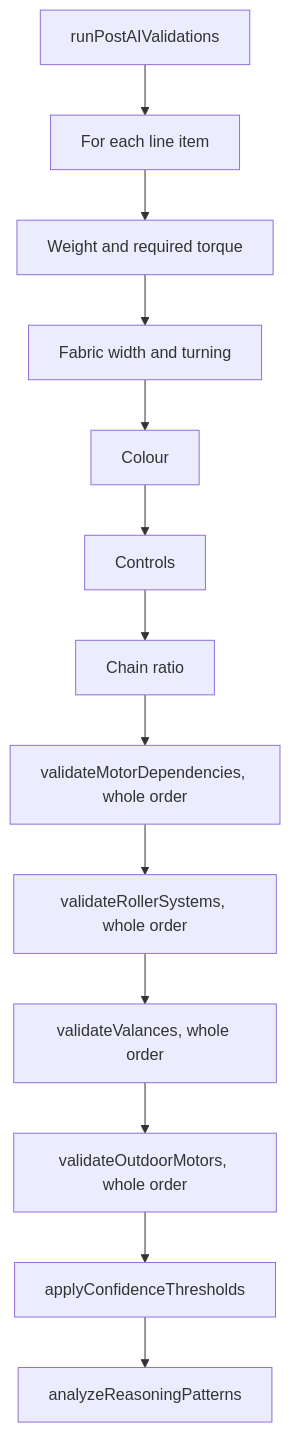
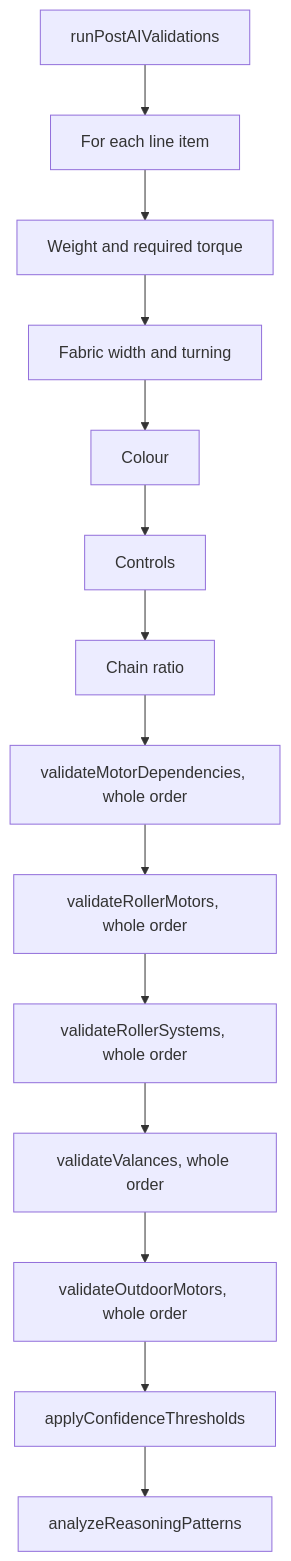
Before and after one commit to RussedyBussedy/OrderBot: the diagram in docs/comparison/validations.md, drawn with Mermaid. The commit also changed other lines of this file and 19 other files, not shown here.

````diff
--- a/docs/comparison/validations.md
+++ b/docs/comparison/validations.md
@@ -16,15 +16,16 @@
 ```mermaid
 flowchart TD
     S["runPostAIValidations"] --> L["For each line item"]
     L --> W["Weight and required torque"]
     W --> F["Fabric width and turning"]
     F --> C["Colour"]
     C --> K["Controls"]
     K --> CH["Chain ratio"]
     CH --> M["validateMotorDependencies, whole order"]
-    M --> RS["validateRollerSystems, whole order"]
+    M --> RM["validateRollerMotors, whole order"]
+    RM --> RS["validateRollerSystems, whole order"]
     RS --> V["validateValances, whole order"]
     V --> O["validateOutdoorMotors, whole order"]
     O --> T["applyConfidenceThresholds"]
     T --> R["analyzeReasoningPatterns"]
 ```
````
